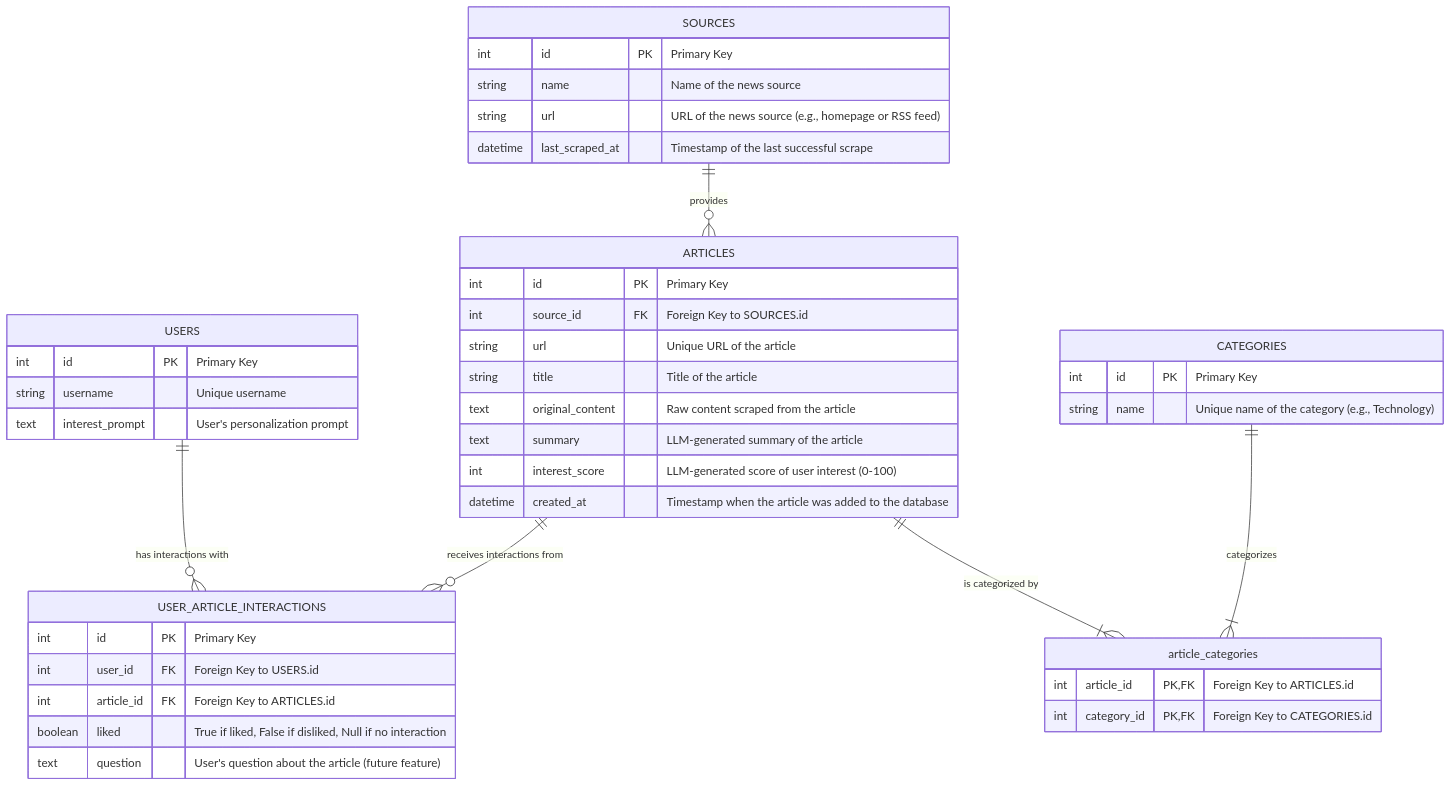
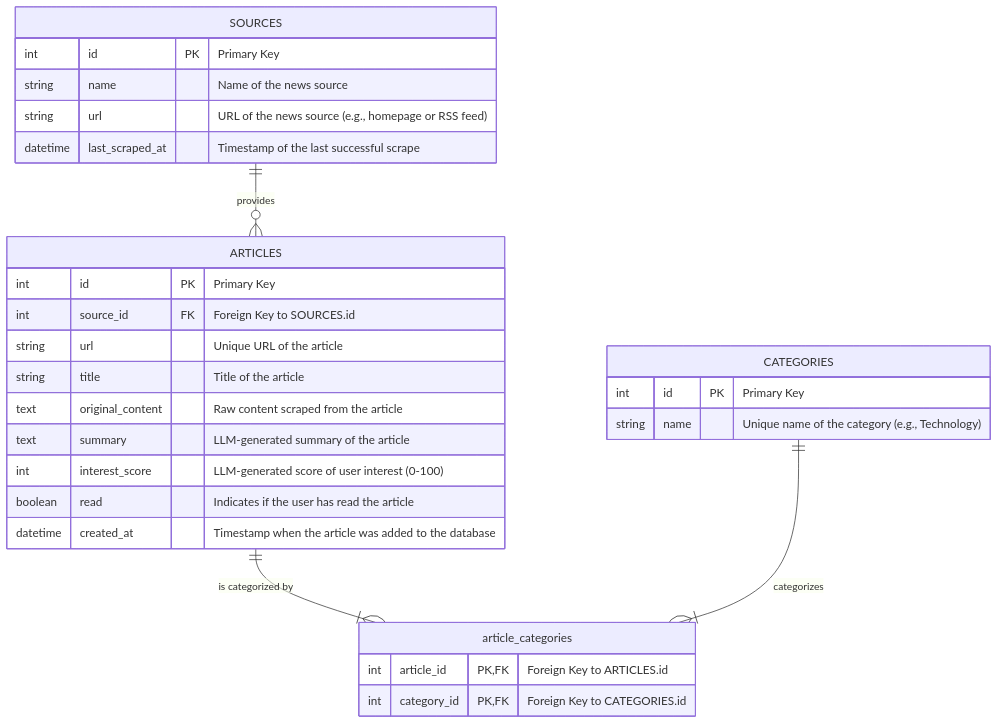
Before and after one commit to giesse/SimpleNews: the diagram in kg/data_models/database_schema.md, drawn with Mermaid. The commit also changed other lines of this file and 19 other files, not shown here.

Commit message:
Fixed marking articles read, and filtering by category (hopefully) - Updated documentation - Removed unnecessary User tables - Reset alembic since Gemini broke it when removing the User tables - Fixed frontend tests - Reworked/fixed the scraping process

````diff
--- a/kg/data_models/database_schema.md
+++ b/kg/data_models/database_schema.md
@@ -7,51 +7,36 @@
 ```mermaid
 erDiagram
-    USERS {
-        int id PK "Primary Key"
-        string username "Unique username"
-        text interest_prompt "User's personalization prompt"
-    }
-
     SOURCES {
         int id PK "Primary Key"
         string name "Name of the news source"
         string url "URL of the news source (e.g., homepage or RSS feed)"
         datetime last_scraped_at "Timestamp of the last successful scrape"
     }
 
     ARTICLES {
         int id PK "Primary Key"
         int source_id FK "Foreign Key to SOURCES.id"
         string url "Unique URL of the article"
         string title "Title of the article"
         text original_content "Raw content scraped from the article"
         text summary "LLM-generated summary of the article"
         int interest_score "LLM-generated score of user interest (0-100)"
+        boolean read "Indicates if the user has read the article"
         datetime created_at "Timestamp when the article was added to the database"
     }
 
     CATEGORIES {
         int id PK "Primary Key"
         string name "Unique name of the category (e.g., Technology)"
     }
 
-    USER_ARTICLE_INTERACTIONS {
-        int id PK "Primary Key"
-        int user_id FK "Foreign Key to USERS.id"
-        int article_id FK "Foreign Key to ARTICLES.id"
-        boolean liked "True if liked, False if disliked, Null if no interaction"
-        text question "User's question about the article (future feature)"
-    }
-
     article_categories {
         int article_id PK, FK "Foreign Key to ARTICLES.id"
         int category_id PK, FK "Foreign Key to CATEGORIES.id"
     }
 
-    USERS ||--o{ USER_ARTICLE_INTERACTIONS : "has interactions with"
-    ARTICLES ||--o{ USER_ARTICLE_INTERACTIONS : "receives interactions from"
     ARTICLES ||--|{ article_categories : "is categorized by"
     CATEGORIES ||--|{ article_categories : "categorizes"
     SOURCES ||--o{ ARTICLES : "provides"
 
 ```
````
